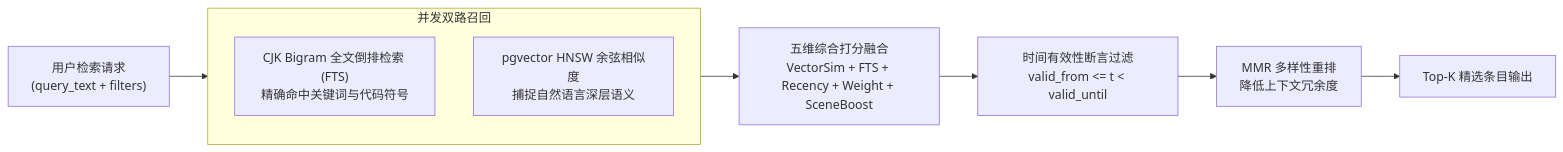
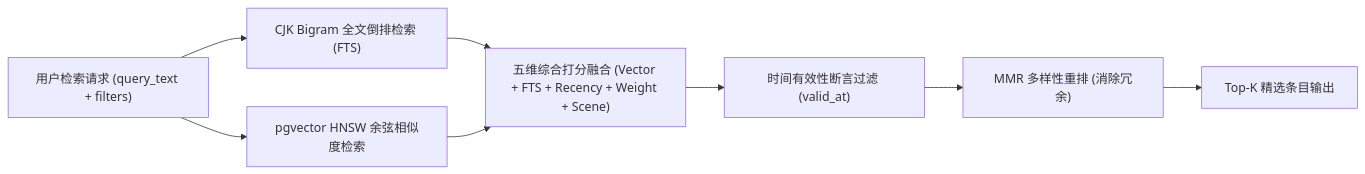
One commit to orderye/memory-hub changed the second of 2 diagrams in README.md. Above: the diagram before and after it, drawn with Mermaid. The commit also changed other lines of this file, not shown here.

Commit message:
docs: 整理项目与目录结构，全面更新 README 并修复 Mermaid 语法兼容性

````diff
--- a/README.md
+++ b/README.md
@@ -188,14 +212,12 @@
 ```mermaid
-graph LR
-    Query["用户检索请求<br/>(query_text + filters)"] --> ParallelRecall
+flowchart LR
+    Query["用户检索请求 (query_text + filters)"] --> FTS["CJK Bigram 全文倒排检索 (FTS)"]
+    Query --> Vector["pgvector HNSW 余弦相似度检索"]
     
-    subgraph ParallelRecall["并发双路召回"]
-        FTS["CJK Bigram 全文倒排检索 (FTS)<br/>精确命中关键词与代码符号"]
-        Vector["pgvector HNSW 余弦相似度<br/>捕捉自然语言深层语义"]
-    end
+    FTS --> FiveDimScoring["五维综合打分融合 (Vector + FTS + Recency + Weight + Scene)"]
+    Vector --> FiveDimScoring
     
-    ParallelRecall --> FiveDimScoring["五维综合打分融合<br/>VectorSim + FTS + Recency + Weight + SceneBoost"]
-    FiveDimScoring --> TemporalFilter["时间有效性断言过滤<br/>valid_from <= t < valid_until"]
-    TemporalFilter --> MMR["MMR 多样性重排<br/>降低上下文冗余度"]
+    FiveDimScoring --> TemporalFilter["时间有效性断言过滤 (valid_at)"]
+    TemporalFilter --> MMR["MMR 多样性重排 (消除冗余)"]
     MMR --> FinalResults["Top-K 精选条目输出"]
 ```
````
